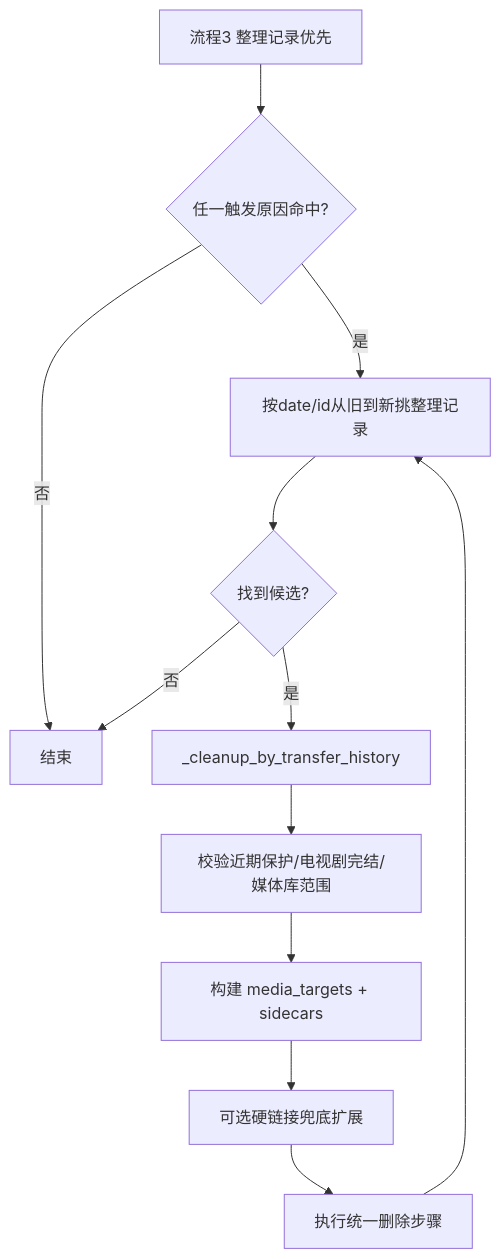
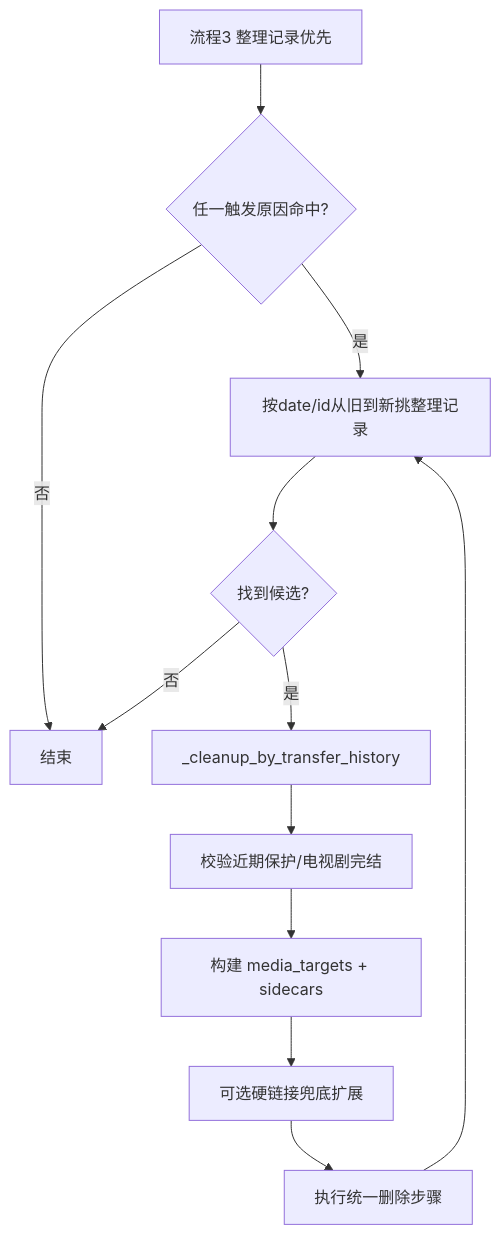
One commit to baozaodetudou/MoviePilot-Plugins changed the fifth of 5 diagrams in plugins.v2/diskcleaner/USAGE.md. Above: the diagram before and after it, drawn with Mermaid. The commit also changed other lines of this file and 4 other files, not shown here.

Commit message:
feat(diskcleaner): 全目录监控与高可观测日志，历史视图紧凑化

````diff
--- a/plugins.v2/diskcleaner/USAGE.md
+++ b/plugins.v2/diskcleaner/USAGE.md
@@ -93,14 +90,14 @@
 ```mermaid
 flowchart TD
 A[流程3 整理记录优先] --> B{任一触发原因命中?}
 B -->|否| End[结束]
 B -->|是| C[按date/id从旧到新挑整理记录]
 C --> D{找到候选?}
 D -->|否| End
 D -->|是| E[_cleanup_by_transfer_history]
-E --> F[校验近期保护/电视剧完结/媒体库范围]
+E --> F[校验近期保护/电视剧完结]
 F --> G[构建 media_targets + sidecars]
 G --> H[可选硬链接兜底扩展]
 H --> I[执行统一删除步骤]
 I --> C
 ```
````
